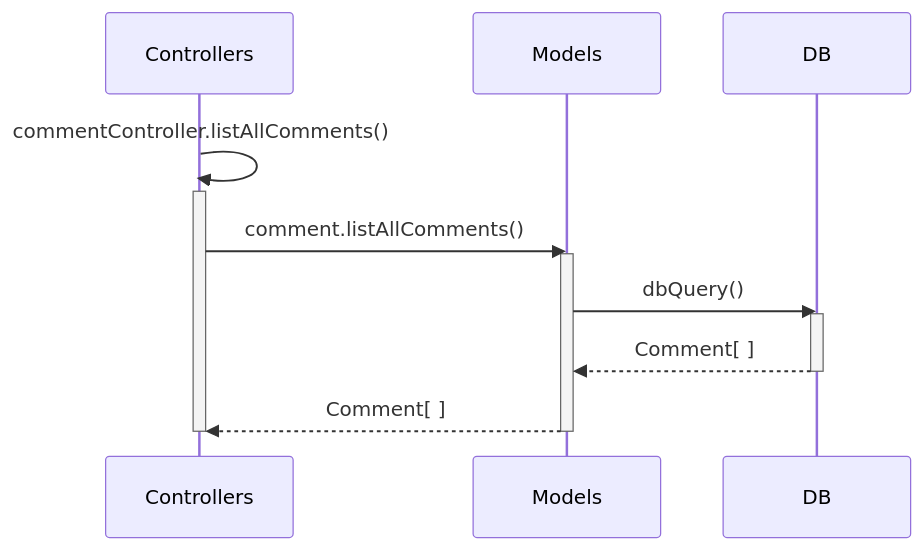
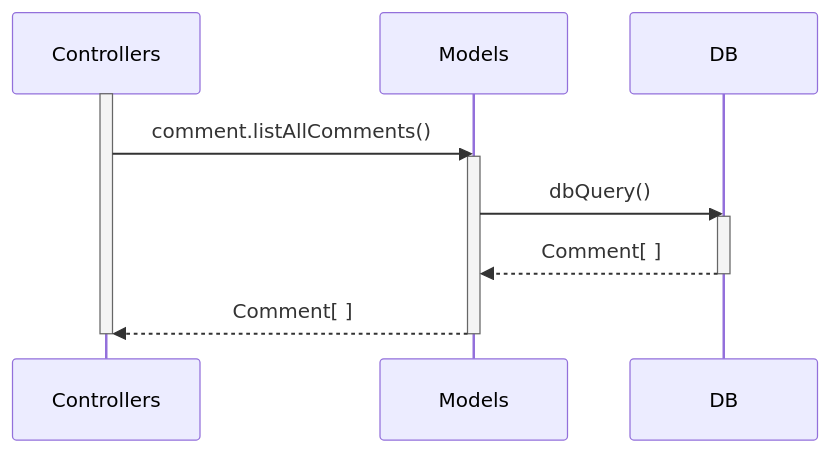
One commit to aserg-ufmg/esmforum changed the third of 4 diagrams in README.md. Above: the diagram before and after it, drawn with Mermaid.

````diff
--- a/README.md
+++ b/README.md
@@ -145,15 +145,14 @@
 ```mermaid
     sequenceDiagram
-        Controllers->>Controllers: commentController.listAllComments()
         activate Controllers
         Controllers->>Models: comment.listAllComments()
         activate Models
         Models->>DB: dbQuery()
         activate DB
         DB-->>Models: Comment[ ]
         deactivate DB
         Models-->>Controllers: Comment[ ]
         deactivate Models
 	deactivate Controllers
 
 ```	
````
